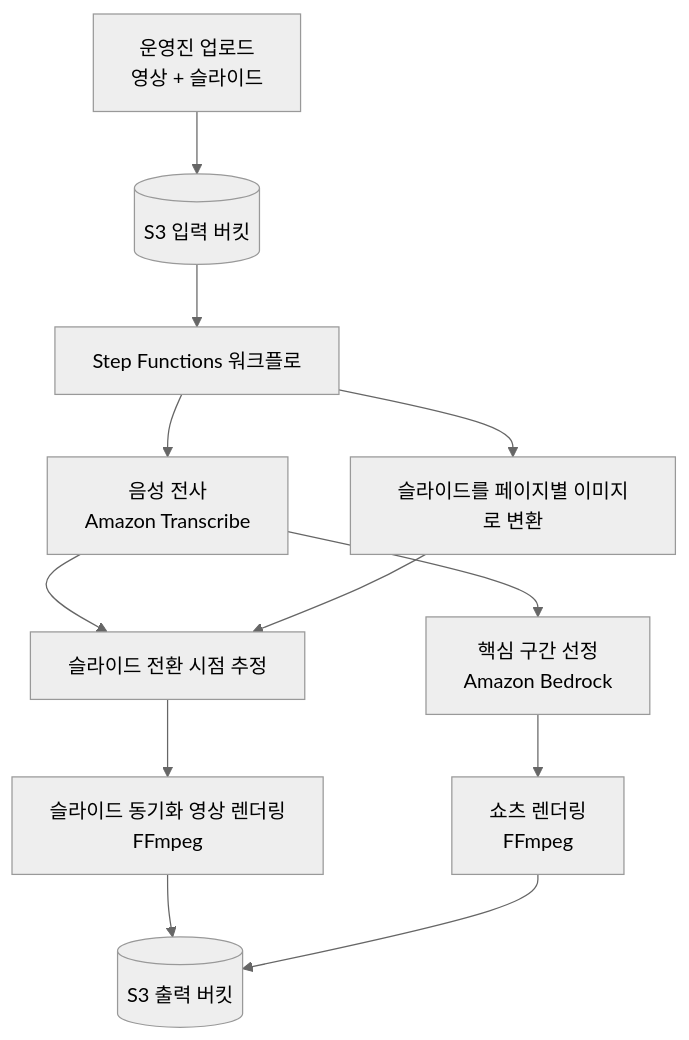
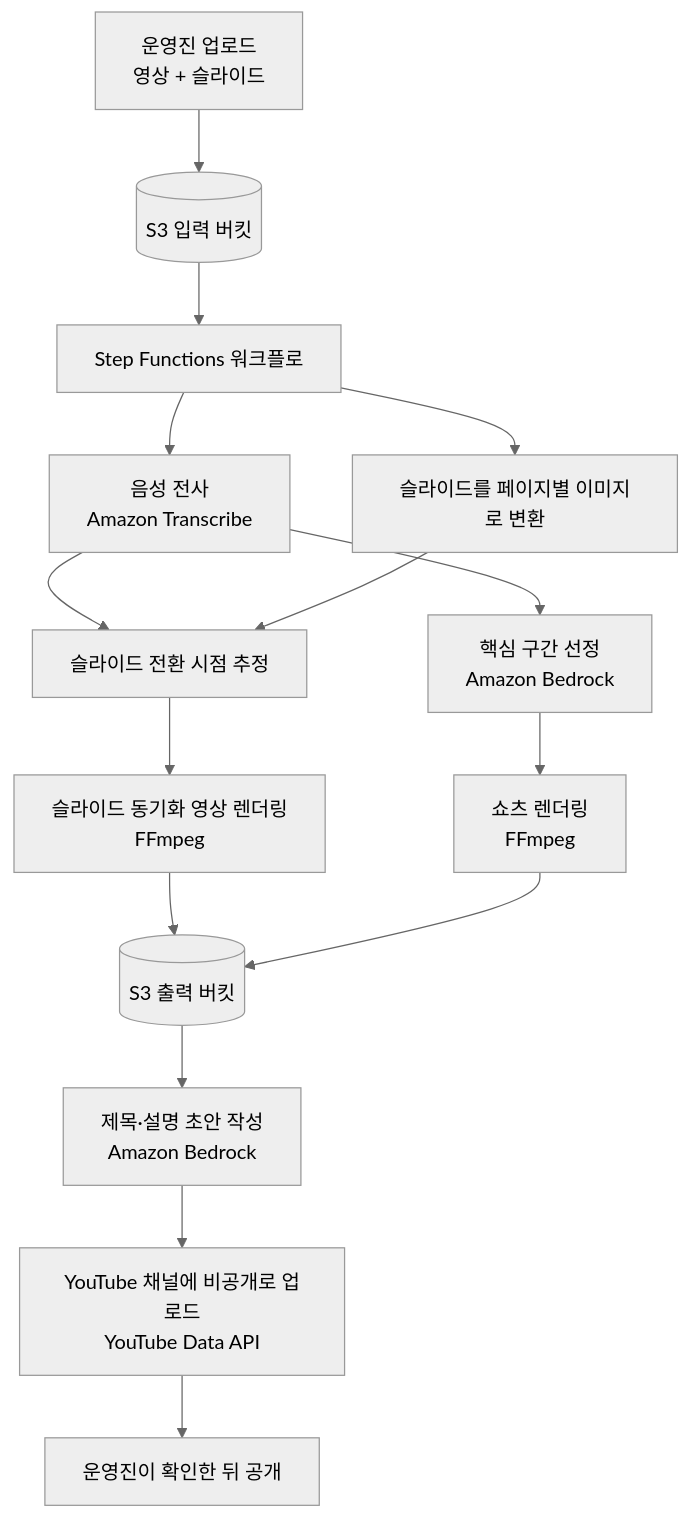
Before and after one commit to awskrug/awskrug-marketing: the diagram in docs/architecture.md, drawn with Mermaid (neutral theme). The commit also changed other lines of this file and 1 other file, not shown here.

Commit message:
Document YouTube auto-upload step and its prerequisites

````diff
--- a/docs/architecture.md
+++ b/docs/architecture.md
@@ -13,14 +13,17 @@
 ```mermaid
 flowchart TD
     U[운영진 업로드<br/>영상 + 슬라이드] --> S3in[(S3 입력 버킷)]
     S3in --> SFN[Step Functions 워크플로]
     SFN --> T[음성 전사<br/>Amazon Transcribe]
     SFN --> P[슬라이드를 페이지별 이미지로 변환]
     T --> A[슬라이드 전환 시점 추정]
     P --> A
     A --> R1[슬라이드 동기화 영상 렌더링<br/>FFmpeg]
     T --> H[핵심 구간 선정<br/>Amazon Bedrock]
     H --> R2[쇼츠 렌더링<br/>FFmpeg]
     R1 --> S3out[(S3 출력 버킷)]
     R2 --> S3out
+    S3out --> M[제목·설명 초안 작성<br/>Amazon Bedrock]
+    M --> Y[YouTube 채널에 비공개로 업로드<br/>YouTube Data API]
+    Y --> V[운영진이 확인한 뒤 공개]
 ```
````
